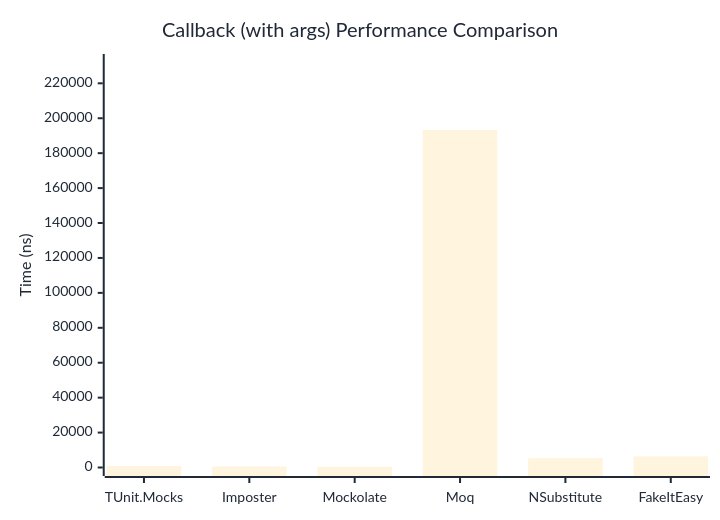
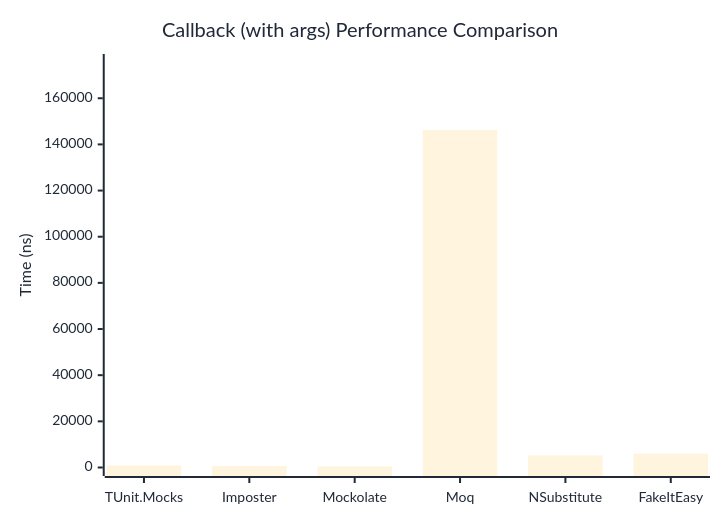
One commit to thomhurst/TUnit changed the second of 2 diagrams in docs/docs/benchmarks/mocks/Callback.md. Above: the diagram before and after it, drawn with Mermaid. The commit also changed other lines of this file and 14 other files, not shown here.

````diff
--- a/docs/docs/benchmarks/mocks/Callback.md
+++ b/docs/docs/benchmarks/mocks/Callback.md
@@ -71,27 +71,27 @@
 ```mermaid
 %%{init: {
   'theme':'base',
   'themeVariables': {
     'primaryColor': '#2563eb',
     'primaryTextColor': '#1f2937',
     'primaryBorderColor': '#1e40af',
     'lineColor': '#6b7280',
     'secondaryColor': '#7c3aed',
     'tertiaryColor': '#dc2626',
     'background': '#ffffff',
     'pie1': '#2563eb',
     'pie2': '#7c3aed',
     'pie3': '#dc2626',
     'pie4': '#f59e0b',
     'pie5': '#10b981',
     'pie6': '#06b6d4',
     'pie7': '#ec4899',
     'pie8': '#6366f1'
   }
 }}%%
 xychart-beta
   title "Callback (with args) Performance Comparison"
   x-axis ["TUnit.Mocks", "Imposter", "Mockolate", "Moq", "NSubstitute", "FakeItEasy"]
-  y-axis "Time (ns)" 0 --> 231919
-  bar [814.1, 522.4, 407.9, 193265.7, 5387.6, 6398.6]
+  y-axis "Time (ns)" 0 --> 175490
+  bar [841.9, 578.5, 402.5, 146241.2, 5212.4, 5982.4]
 ```
````
